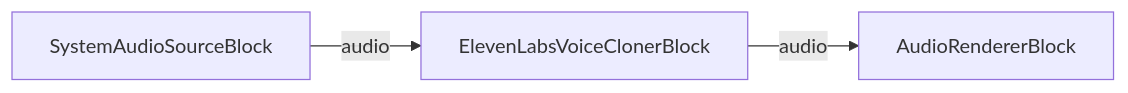
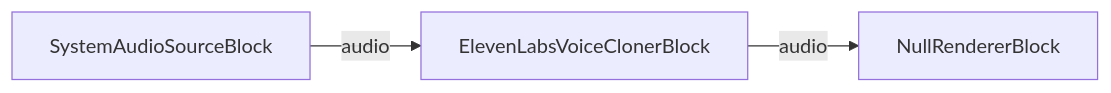
The second of 2 diagrams in dotnet/mediablocks/ElevenLabs/index.es.md (visioforge/help), drawn with Mermaid before and after one commit. The commit also changed other lines of this file and 227 other files, not shown here.

````diff
--- a/dotnet/mediablocks/ElevenLabs/index.es.md
+++ b/dotnet/mediablocks/ElevenLabs/index.es.md
@@ -137,5 +147,5 @@
 ```mermaid
 graph LR;
     SystemAudioSourceBlock-- audio -->ElevenLabsVoiceClonerBlock;
-    ElevenLabsVoiceClonerBlock-- audio -->AudioRendererBlock;
+    ElevenLabsVoiceClonerBlock-- audio -->NullRendererBlock;
 ```
````
